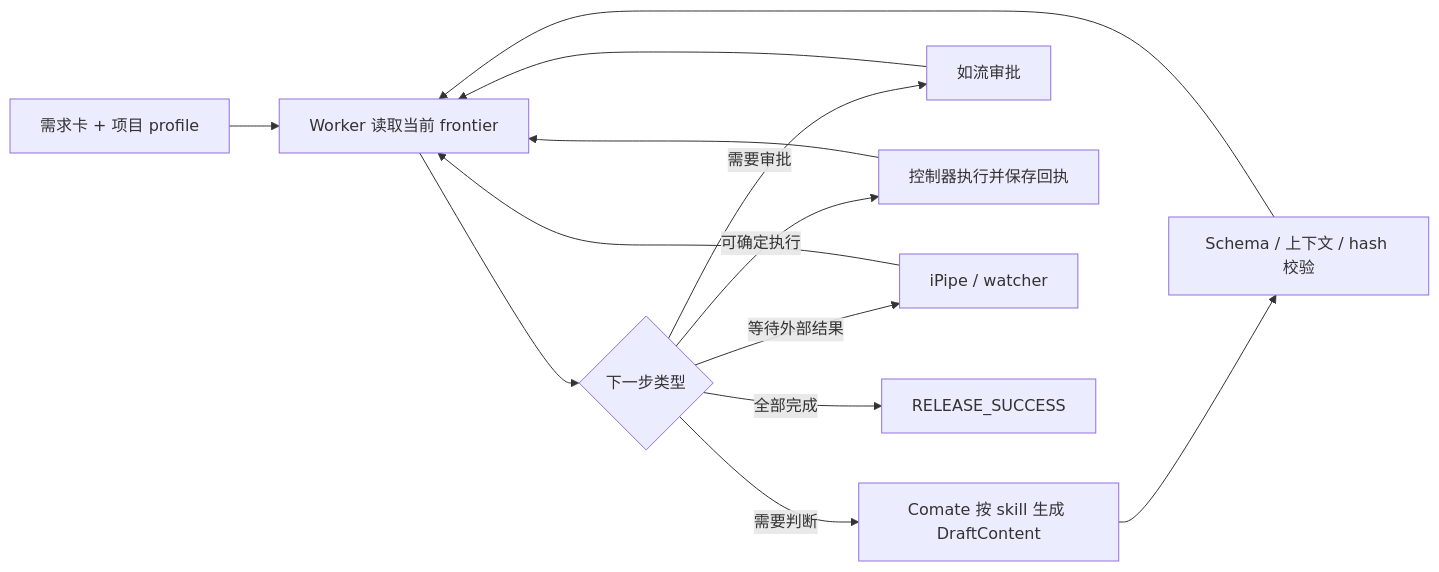
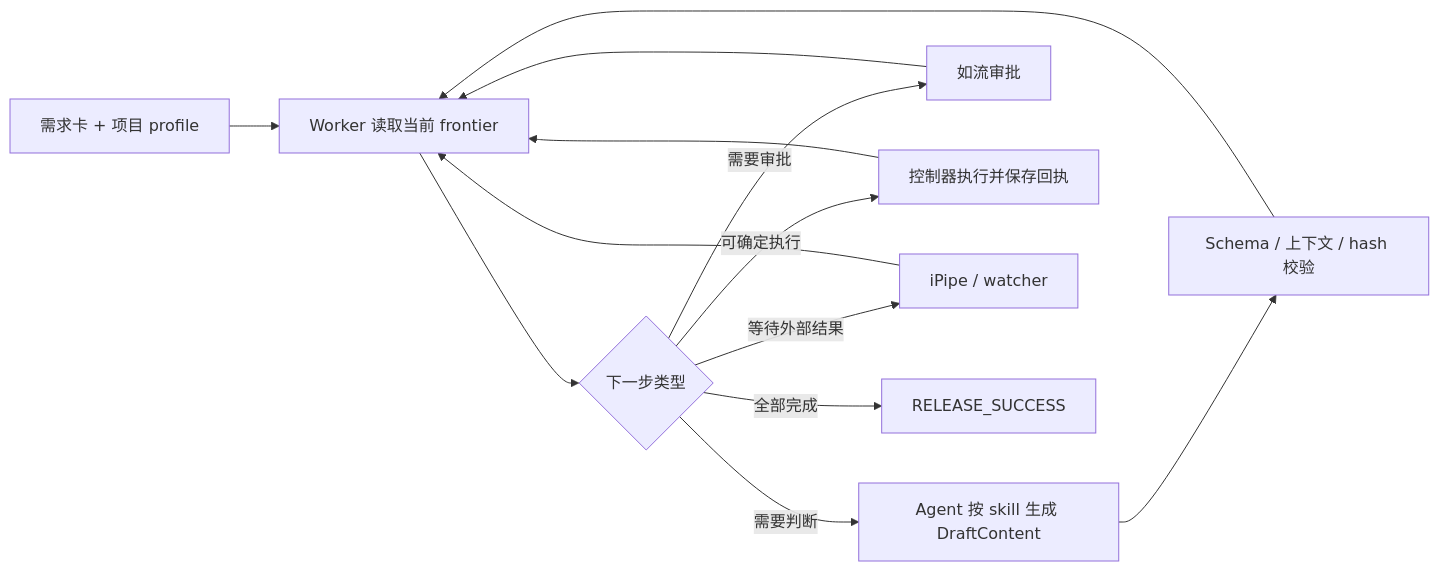
One commit to zhaotao19860/tom-autodev-suite changed the diagram in README.md. Above: the diagram before and after it, drawn with Mermaid. The commit also changed other lines of this file and 14 other files, not shown here.

````diff
--- a/README.md
+++ b/README.md
@@ -181,15 +181,15 @@
 ```mermaid
 flowchart LR
     A[需求卡 + 项目 profile] --> B[Worker 读取当前 frontier]
     B --> C{下一步类型}
-    C -->|需要判断| D[Comate 按 skill 生成 DraftContent]
+    C -->|需要判断| D[Agent 按 skill 生成 DraftContent]
     D --> E[Schema / 上下文 / hash 校验]
     E --> B
     C -->|需要审批| F[如流审批]
     F --> B
     C -->|可确定执行| G[控制器执行并保存回执]
     G --> B
     C -->|等待外部结果| H[iPipe / watcher]
     H --> B
     C -->|全部完成| I[RELEASE_SUCCESS]
 ```
````
